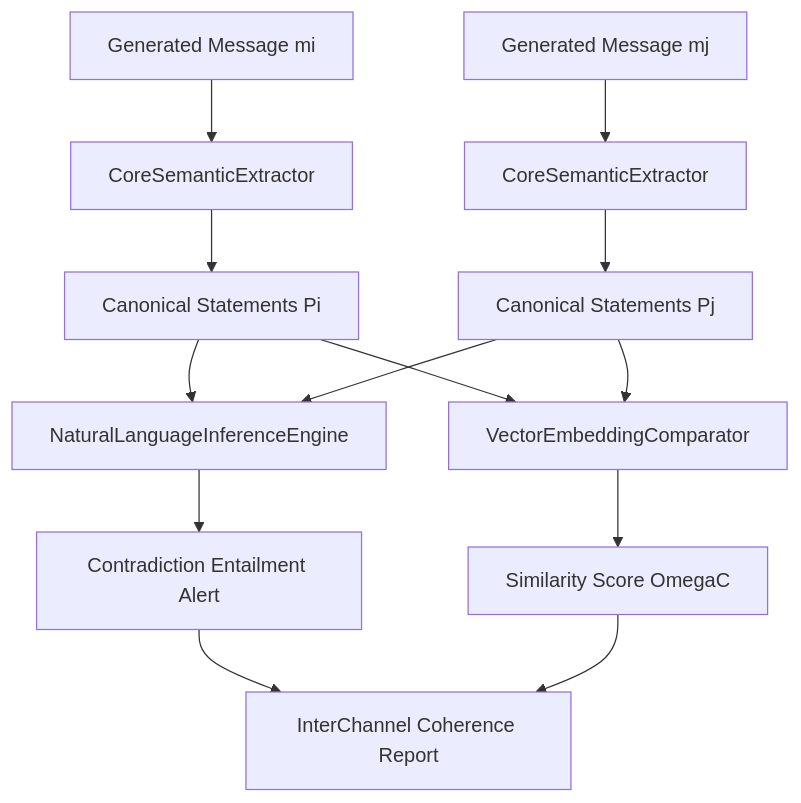
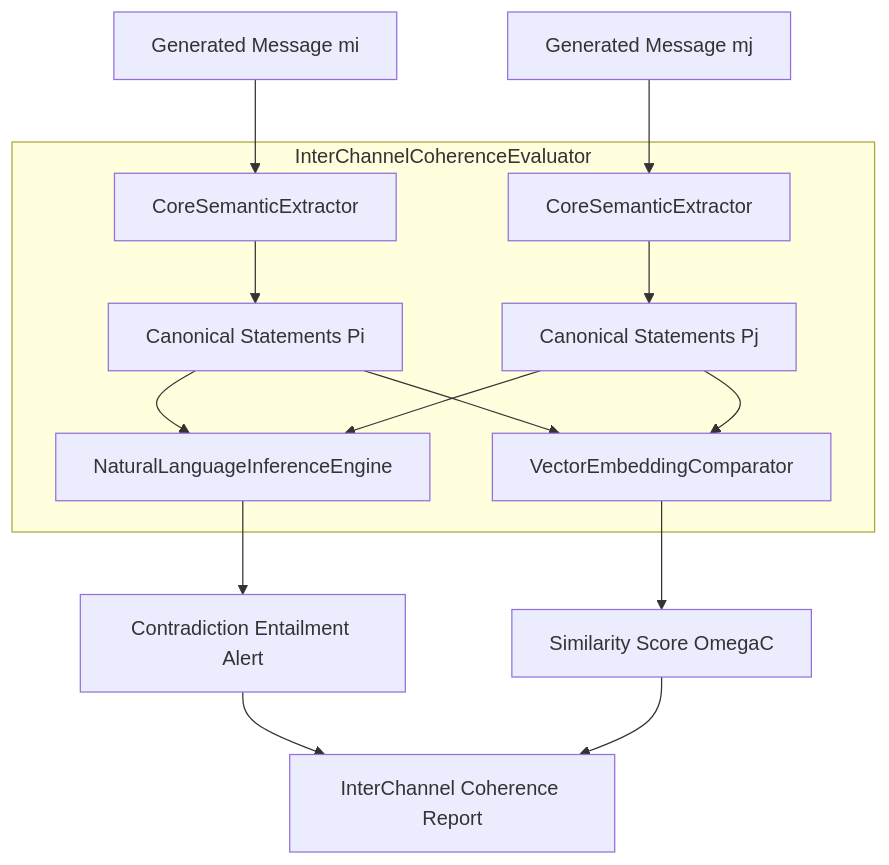
The third of 9 diagrams in inventions/inventions/010_unified_crisis_communications_generation/012_semantic_coherence_verification.md (diplomat-bit/Citibank_Demo_Business_Inc_Demonstration-), drawn with Mermaid before and after one commit. The commit also changed other lines of this file, not shown here.

Commit message:
[AI] Edit: inventions/inventions/010_unified_crisis_communications_generation/012_semantic_coherence_verification.md

````diff
--- a/inventions/inventions/010_unified_crisis_communications_generation/012_semantic_coherence_verification.md
+++ b/inventions/inventions/010_unified_crisis_communications_generation/012_semantic_coherence_verification.md
@@ -66,12 +86,21 @@
 ```mermaid
 graph TD
     A[Generated Message mi] --> B[CoreSemanticExtractor];
     C[Generated Message mj] --> D[CoreSemanticExtractor];
     B --> E[Canonical Statements Pi];
     D --> F[Canonical Statements Pj];
     E & F --> G[NaturalLanguageInferenceEngine];
     E & F --> H[VectorEmbeddingComparator];
     G --> I[Contradiction Entailment Alert];
     H --> J[Similarity Score OmegaC];
     I & J --> K[InterChannel Coherence Report];
+
+    subgraph InterChannelCoherenceEvaluator
+        B
+        D
+        E
+        F
+        G
+        H
+    end
 ```
````
